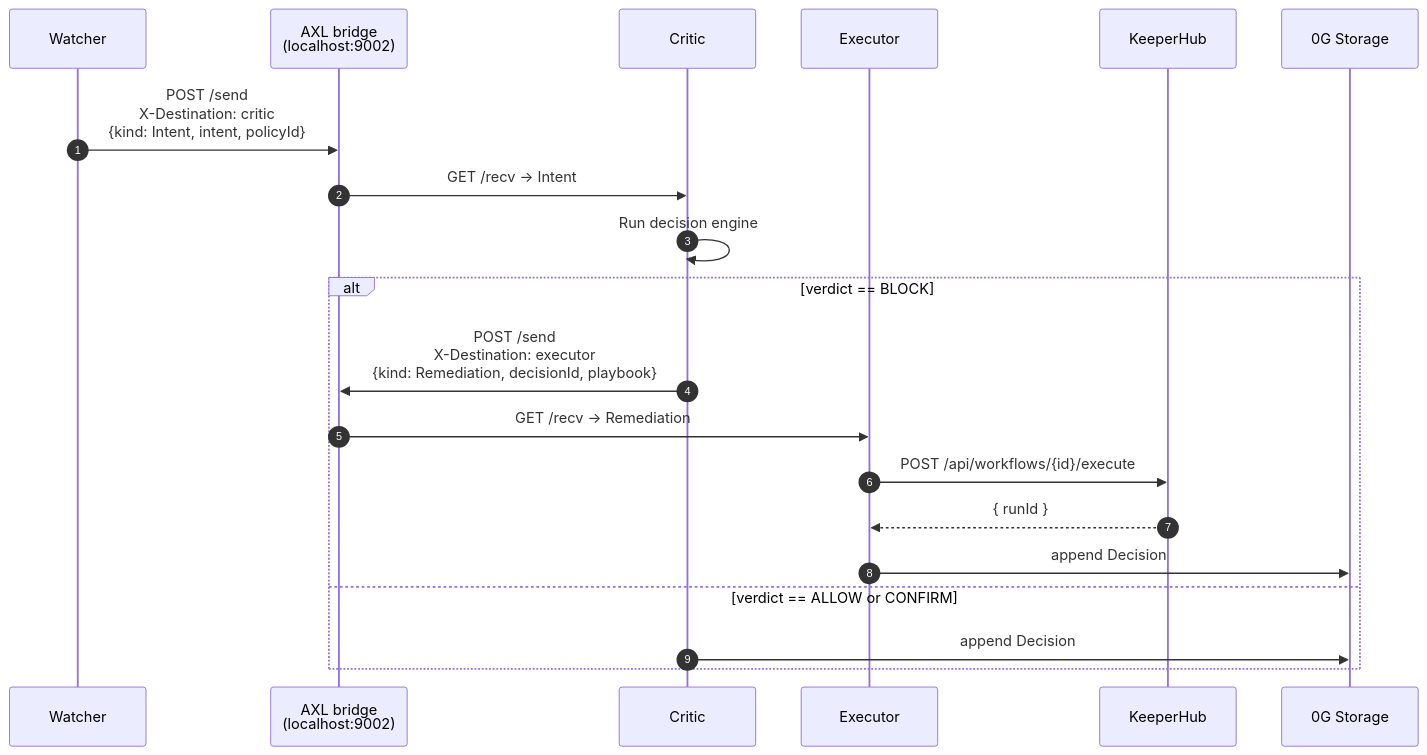
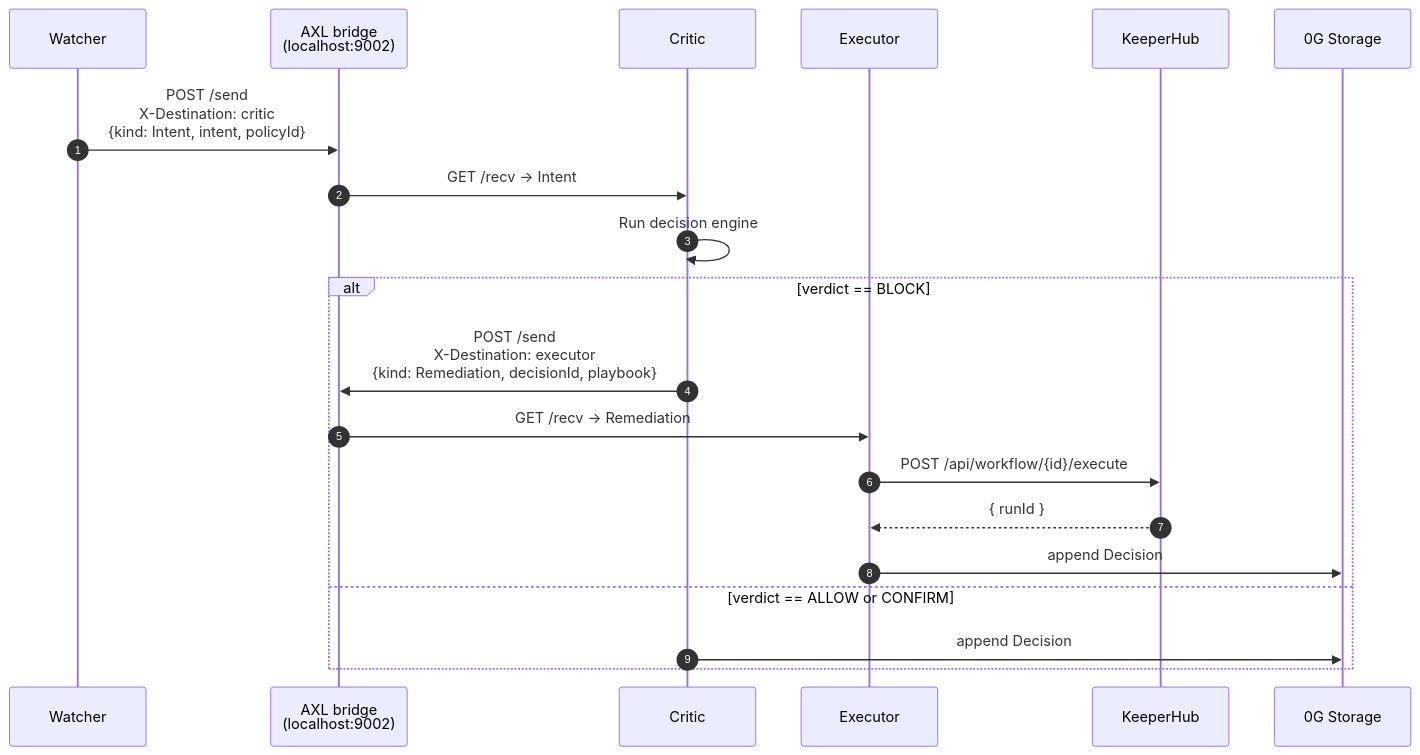
The third of 3 diagrams in docs/architecture.md (AnkanMisra/ChainShield), drawn with Mermaid before and after one commit. The commit also changed other lines of this file and 5 other files, not shown here.

````diff
--- a/docs/architecture.md
+++ b/docs/architecture.md
@@ -453,23 +478,23 @@
 ```mermaid
 sequenceDiagram
     autonumber
     participant W as Watcher
     participant AXL as AXL bridge<br/>(localhost:9002)
     participant C as Critic
     participant E as Executor
     participant KH as KeeperHub
     participant Z as 0G Storage
 
     W->>AXL: POST /send<br/>X-Destination: critic<br/>{kind: Intent, intent, policyId}
     AXL->>C: GET /recv -> Intent
     C->>C: Run decision engine
     alt verdict == BLOCK
         C->>AXL: POST /send<br/>X-Destination: executor<br/>{kind: Remediation, decisionId, playbook}
         AXL->>E: GET /recv -> Remediation
-        E->>KH: POST /api/workflows/{id}/execute
+        E->>KH: POST /api/workflow/{id}/execute
         KH-->>E: { runId }
         E->>Z: append Decision
     else verdict == ALLOW or CONFIRM
         C->>Z: append Decision
     end
 ```
````
